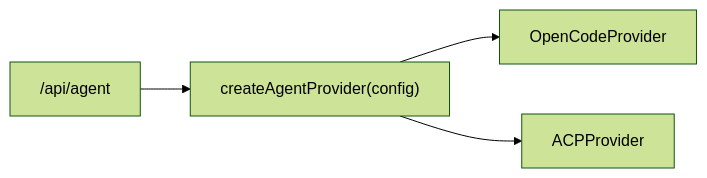
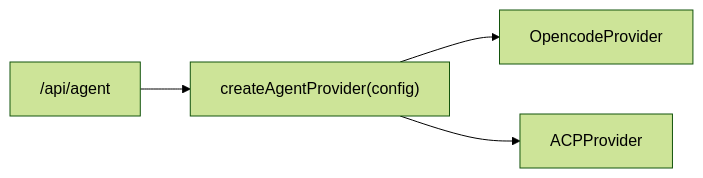
Before and after one commit to tbrandenburg/agentilogue: the sixth of 8 diagrams in docs/ARCHITECTURE.md, drawn with Mermaid (forest theme). The commit also changed other lines of this file, not shown here.

Commit message:
docs: use lowercase opencode spelling consistently

````diff
--- a/docs/ARCHITECTURE.md
+++ b/docs/ARCHITECTURE.md
@@ -159,6 +159,6 @@
 ```mermaid
 flowchart LR
     API["/api/agent"] --> F["createAgentProvider(config)"]
-    F --> OC["OpenCodeProvider"]
+    F --> OC["OpencodeProvider"]
     F --> ACP["ACPProvider"]
 ```
````
